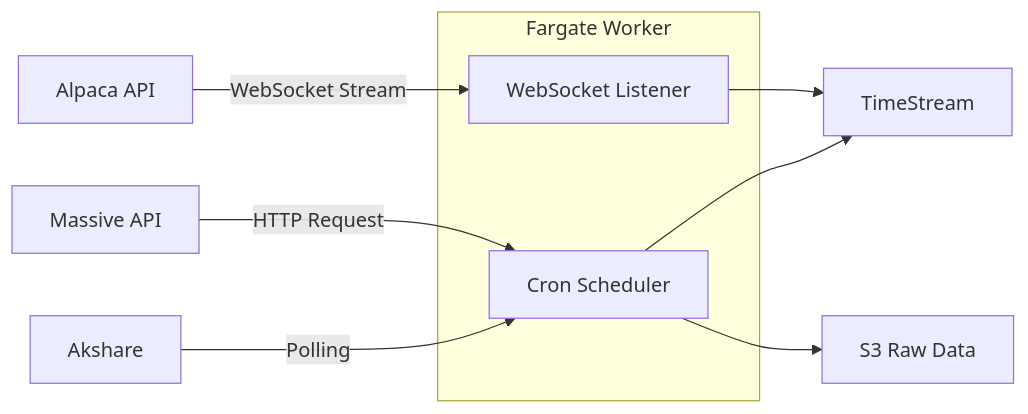
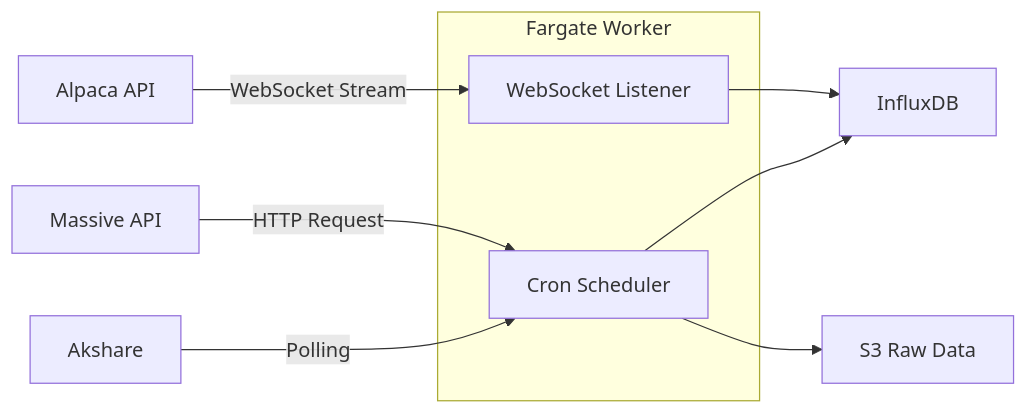
One commit to jingnanl/WavePilotAI changed the second of 5 diagrams in docs/design.md. Above: the diagram before and after it, drawn with Mermaid. The commit also changed other lines of this file and 32 other files, not shown here.

````diff
--- a/docs/design.md
+++ b/docs/design.md
@@ -174,15 +205,15 @@
 ```mermaid
 graph LR
     subgraph "Fargate Worker"
         A[WebSocket Listener]
         B[Cron Scheduler]
     end
     
     C[Alpaca API] -->|WebSocket Stream| A
     D[Massive API] -->|HTTP Request| B
     E[Akshare] -->|Polling| B
     
-    A --> H[TimeStream]
+    A --> H[InfluxDB]
     B --> H
     B --> I[S3 Raw Data]
 ```
````
